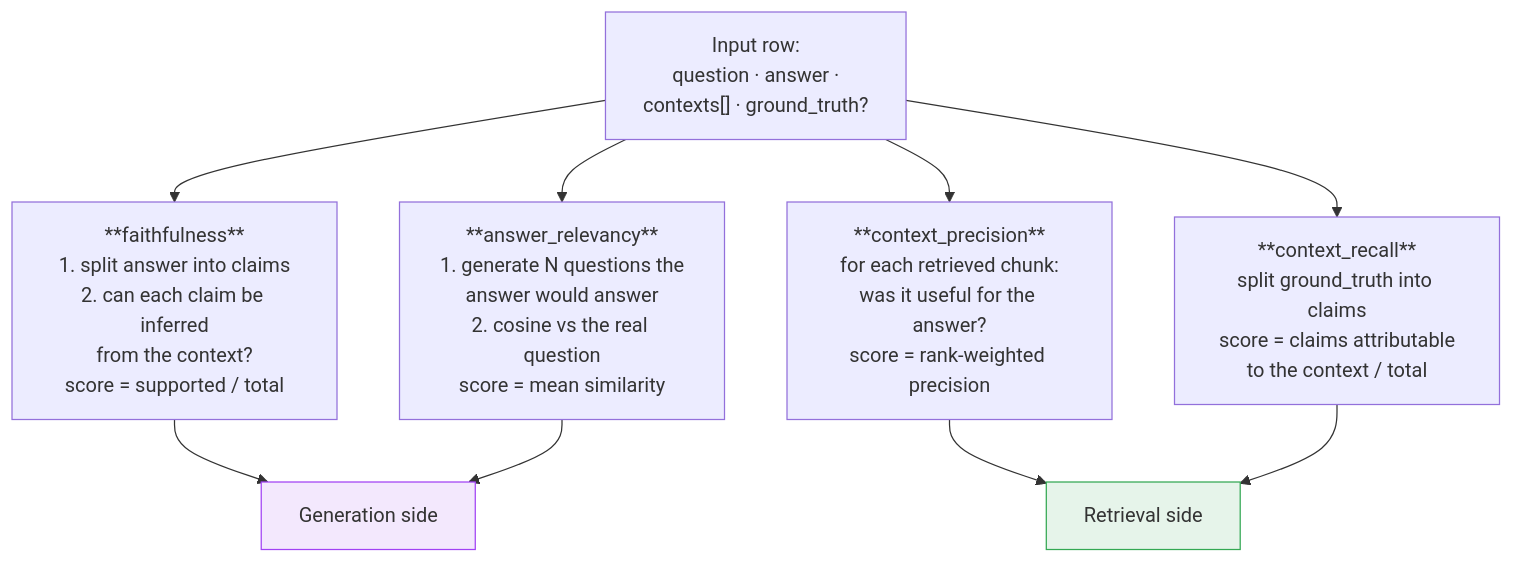
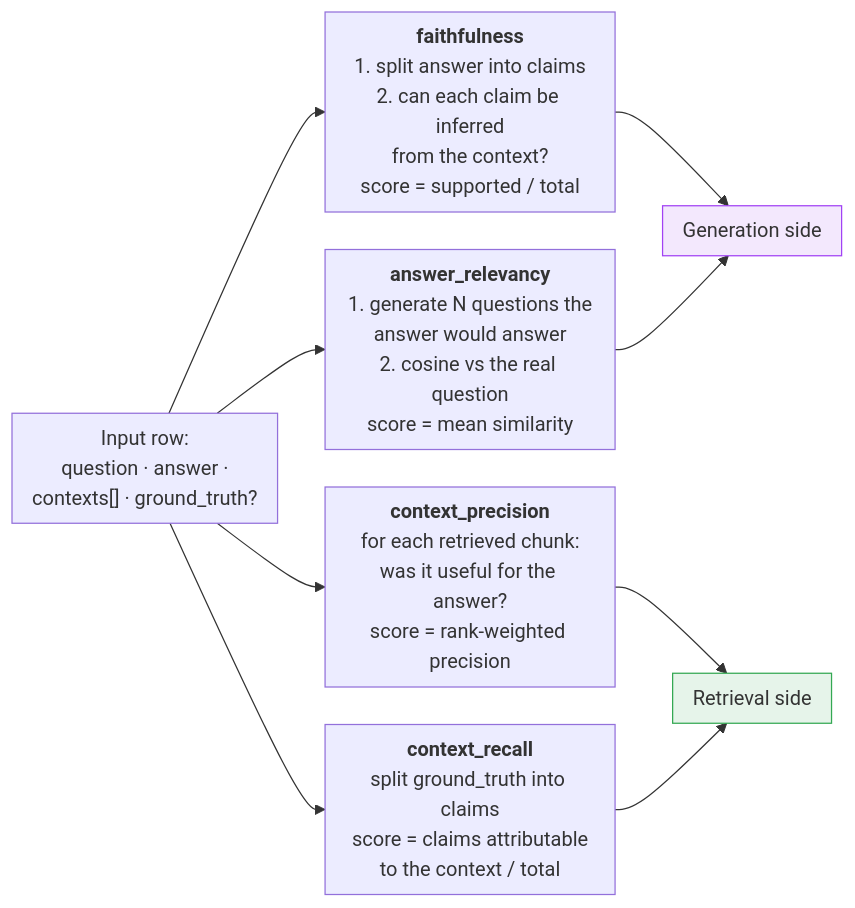
One commit to fibaneza/public-tmp changed the second of 3 diagrams in rag/RAG_Evaluation.adoc. Above: the diagram before and after it, drawn with Mermaid. The commit also changed other lines of this file and 19 other files, not shown here.

Commit message:
feat: add RAG observability guide, standardize mermaid diagrams, and update cross-references throughout documentation

```diff
--- a/rag/RAG_Evaluation.adoc
+++ b/rag/RAG_Evaluation.adoc
@@ -60,21 +61,22 @@
 [mermaid]
 ....
-flowchart TB
+%%{init: {"flowchart": {"nodeSpacing": 30, "rankSpacing": 38, "padding": 8}} }%%
+flowchart LR
     IN["Input row:<br/>question · answer ·<br/>contexts[] · ground_truth?"]
 
-    IN --> F["**faithfulness**<br/>1. split answer into claims<br/>2. can each claim be inferred<br/>from the context?<br/>score = supported / total"]
+    IN --> F["<b>faithfulness</b><br/>1. split answer into claims<br/>2. can each claim be inferred<br/>from the context?<br/>score = supported / total"]
 
-    IN --> AR["**answer_relevancy**<br/>1. generate N questions the<br/>answer would answer<br/>2. cosine vs the real question<br/>score = mean similarity"]
+    IN --> AR["<b>answer_relevancy</b><br/>1. generate N questions the<br/>answer would answer<br/>2. cosine vs the real question<br/>score = mean similarity"]
 
-    IN --> CP["**context_precision**<br/>for each retrieved chunk:<br/>was it useful for the answer?<br/>score = rank-weighted precision"]
+    IN --> CP["<b>context_precision</b><br/>for each retrieved chunk:<br/>was it useful for the answer?<br/>score = rank-weighted precision"]
 
-    IN --> CR["**context_recall**<br/>split ground_truth into claims<br/>score = claims attributable<br/>to the context / total"]
+    IN --> CR["<b>context_recall</b><br/>split ground_truth into claims<br/>score = claims attributable<br/>to the context / total"]
 
     F --> GEN[Generation side]
     AR --> GEN
     CP --> RET[Retrieval side]
     CR --> RET
 
     style GEN fill:#f3e8fd,stroke:#a142f4
     style RET fill:#e6f4ea,stroke:#34a853
 ....
```
